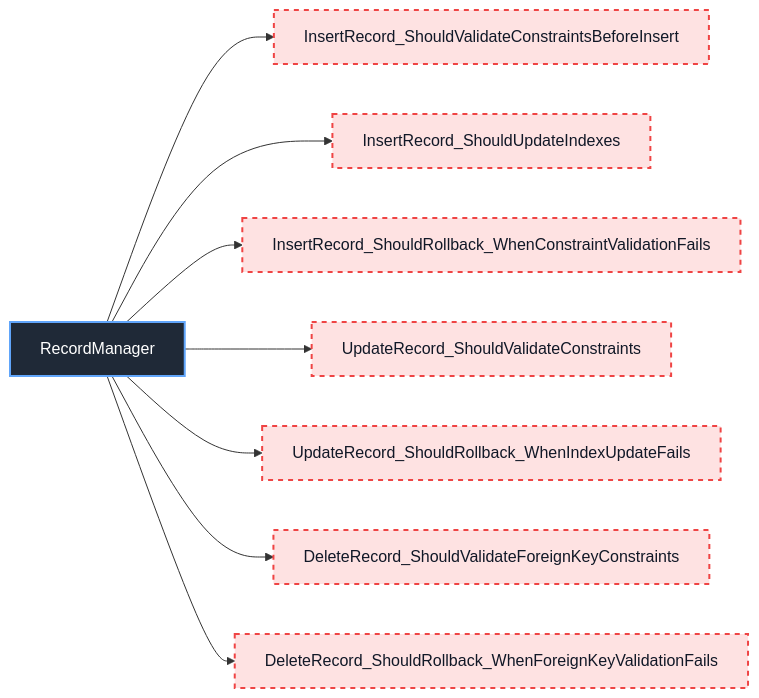
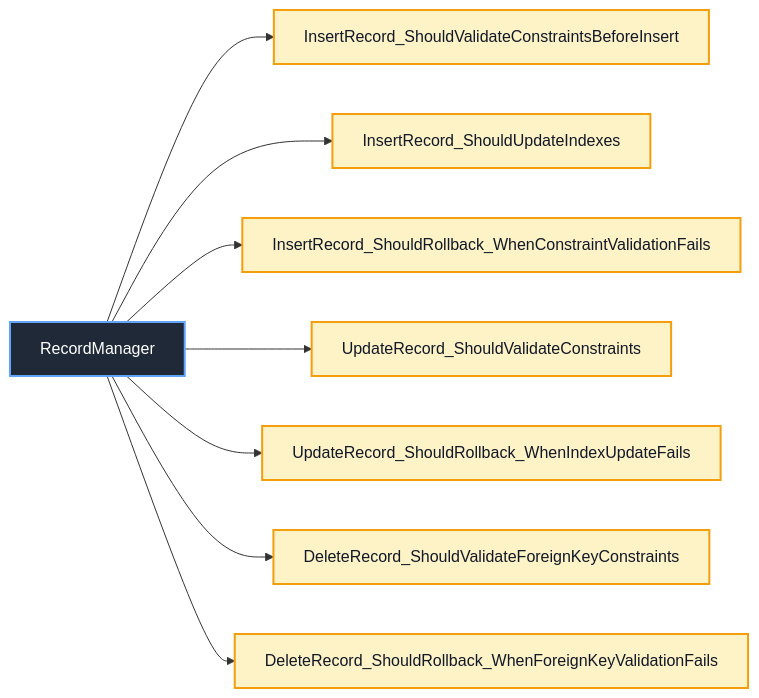
Diagram 23 of 53 in docs/sequence-diagrams/README.md (Hagiakhanh/bbv-dbms), drawn with Mermaid before and after one commit. The commit also changed other lines of this file and 30 other files, not shown here.

````diff
--- a/docs/sequence-diagrams/README.md
+++ b/docs/sequence-diagrams/README.md
@@ -1007,19 +1008,19 @@
 ```mermaid
 flowchart LR
     ClassNode["RecordManager"]
 
     ClassNode --> RecordManager_1["InsertRecord_ShouldValidateConstraintsBeforeInsert"]
     ClassNode --> RecordManager_2["InsertRecord_ShouldUpdateIndexes"]
     ClassNode --> RecordManager_3["InsertRecord_ShouldRollback_WhenConstraintValidationFails"]
     ClassNode --> RecordManager_4["UpdateRecord_ShouldValidateConstraints"]
     ClassNode --> RecordManager_5["UpdateRecord_ShouldRollback_WhenIndexUpdateFails"]
     ClassNode --> RecordManager_6["DeleteRecord_ShouldValidateForeignKeyConstraints"]
     ClassNode --> RecordManager_7["DeleteRecord_ShouldRollback_WhenForeignKeyValidationFails"]
 
     classDef classNode fill:#1f2937,stroke:#60a5fa,color:#ffffff,stroke-width:2px
     classDef completedTest fill:#dcfce7,stroke:#22c55e,color:#111827,stroke-width:2px
-    classDef missingTest fill:#fee2e2,stroke:#ef4444,color:#111827,stroke-width:2px,stroke-dasharray:5 5
+    classDef redPhaseTest fill:#fef3c7,stroke:#f59e0b,color:#111827,stroke-width:2px
 
     class ClassNode classNode
-    class RecordManager_1,RecordManager_2,RecordManager_3,RecordManager_4,RecordManager_5,RecordManager_6,RecordManager_7 missingTest
+    class RecordManager_1,RecordManager_2,RecordManager_3,RecordManager_4,RecordManager_5,RecordManager_6,RecordManager_7 redPhaseTest
 ```
````
